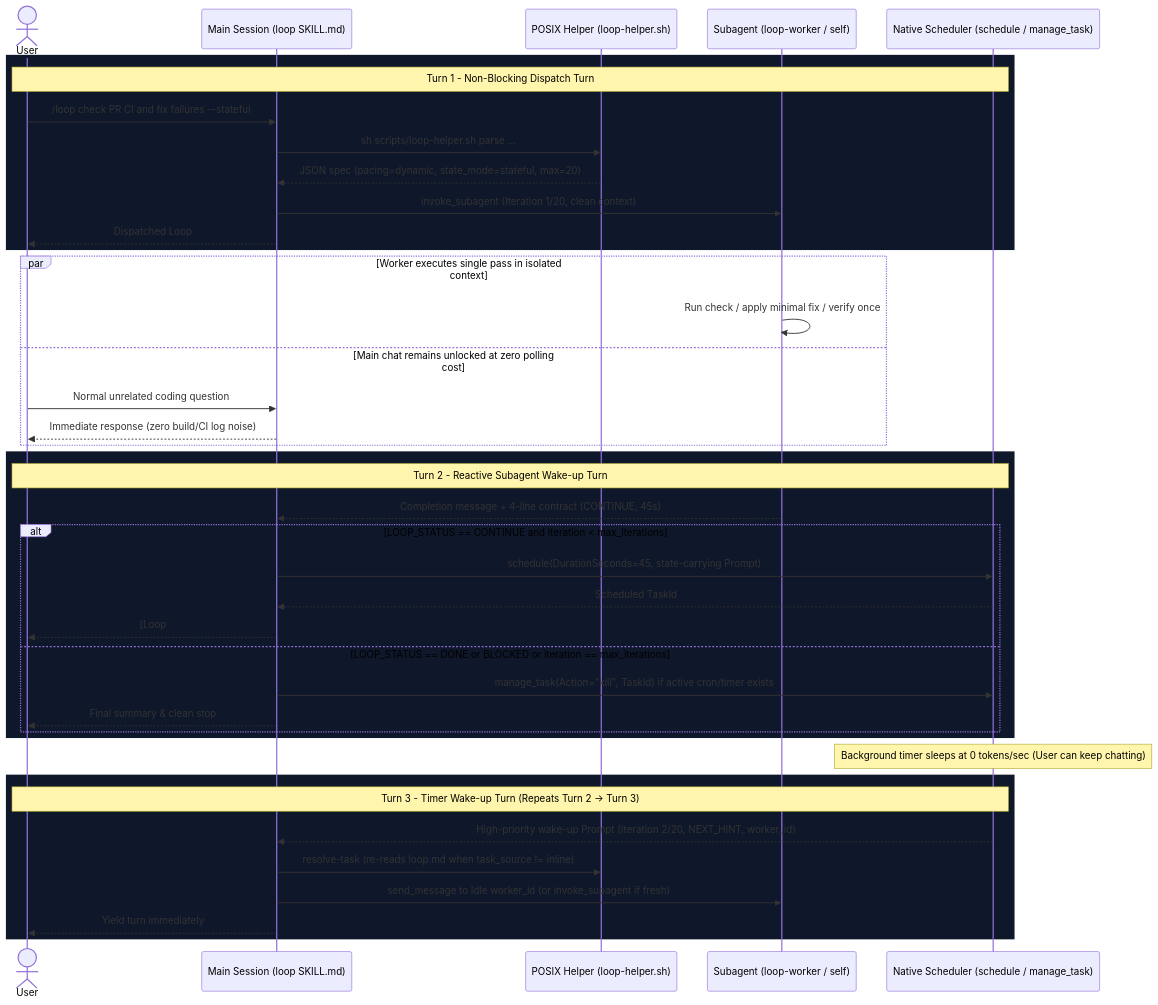
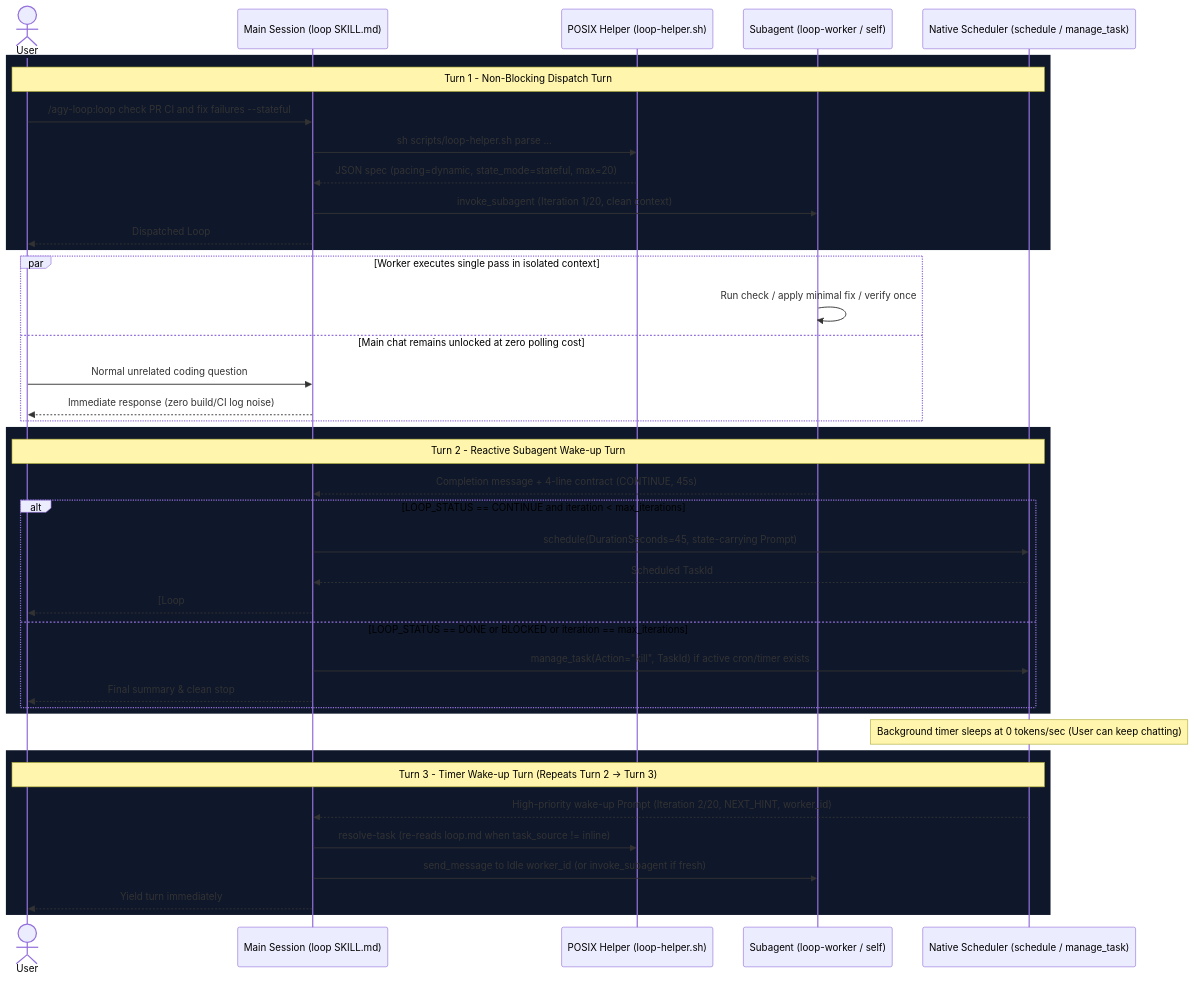
One commit to maxlee/agy-loop changed the first of 2 diagrams in ARCHITECTURE.md. Above: the diagram before and after it, drawn with Mermaid. The commit also changed other lines of this file and 11 other files, not shown here.

````diff
--- a/ARCHITECTURE.md
+++ b/ARCHITECTURE.md
@@ -53,47 +57,47 @@
 ```mermaid
 sequenceDiagram
   actor User
   participant Main as Main Session (loop SKILL.md)
   participant Helper as POSIX Helper (loop-helper.sh)
   participant Worker as Subagent (loop-worker / self)
   participant Sched as Native Scheduler (schedule / manage_task)
 
   rect rgb(15, 23, 42)
   Note over User,Sched: Turn 1 - Non-Blocking Dispatch Turn
-  User->>Main: /loop check PR CI and fix failures --stateful
+  User->>Main: /agy-loop:loop check PR CI and fix failures --stateful
   Main->>Helper: sh scripts/loop-helper.sh parse ...
   Helper-->>Main: JSON spec (pacing=dynamic, state_mode=stateful, max=20)
   Main->>Worker: invoke_subagent (Iteration 1/20, clean context)
   Main-->>User: Dispatched Loop #1/20 - Yield turn immediately
   end
 
   par Worker executes single pass in isolated context
     Worker->>Worker: Run check / apply minimal fix / verify once
   and Main chat remains unlocked at zero polling cost
     User->>Main: Normal unrelated coding question
     Main-->>User: Immediate response (zero build/CI log noise)
   end
 
   rect rgb(15, 23, 42)
   Note over User,Sched: Turn 2 - Reactive Subagent Wake-up Turn
   Worker-->>Main: Completion message + 4-line contract (CONTINUE, 45s)
   alt LOOP_STATUS == CONTINUE and iteration < max_iterations
     Main->>Sched: schedule(DurationSeconds=45, state-carrying Prompt)
     Sched-->>Main: Scheduled TaskId
     Main-->>User: [Loop #1/20] SUMMARY | Next wake-up in 45s - Yield turn
   else LOOP_STATUS == DONE or BLOCKED or iteration == max_iterations
     Main->>Sched: manage_task(Action="kill", TaskId) if active cron/timer exists
     Main-->>User: Final summary & clean stop
   end
   end
 
   Note over Sched: Background timer sleeps at 0 tokens/sec (User can keep chatting)
 
   rect rgb(15, 23, 42)
   Note over User,Sched: Turn 3 - Timer Wake-up Turn (Repeats Turn 2 -> Turn 3)
   Sched-->>Main: High-priority wake-up Prompt (Iteration 2/20, NEXT_HINT, worker_id)
   Main->>Helper: resolve-task (re-reads loop.md when task_source != inline)
   Main->>Worker: send_message to Idle worker_id (or invoke_subagent if fresh)
   Main-->>User: Yield turn immediately
   end
 ```
````
